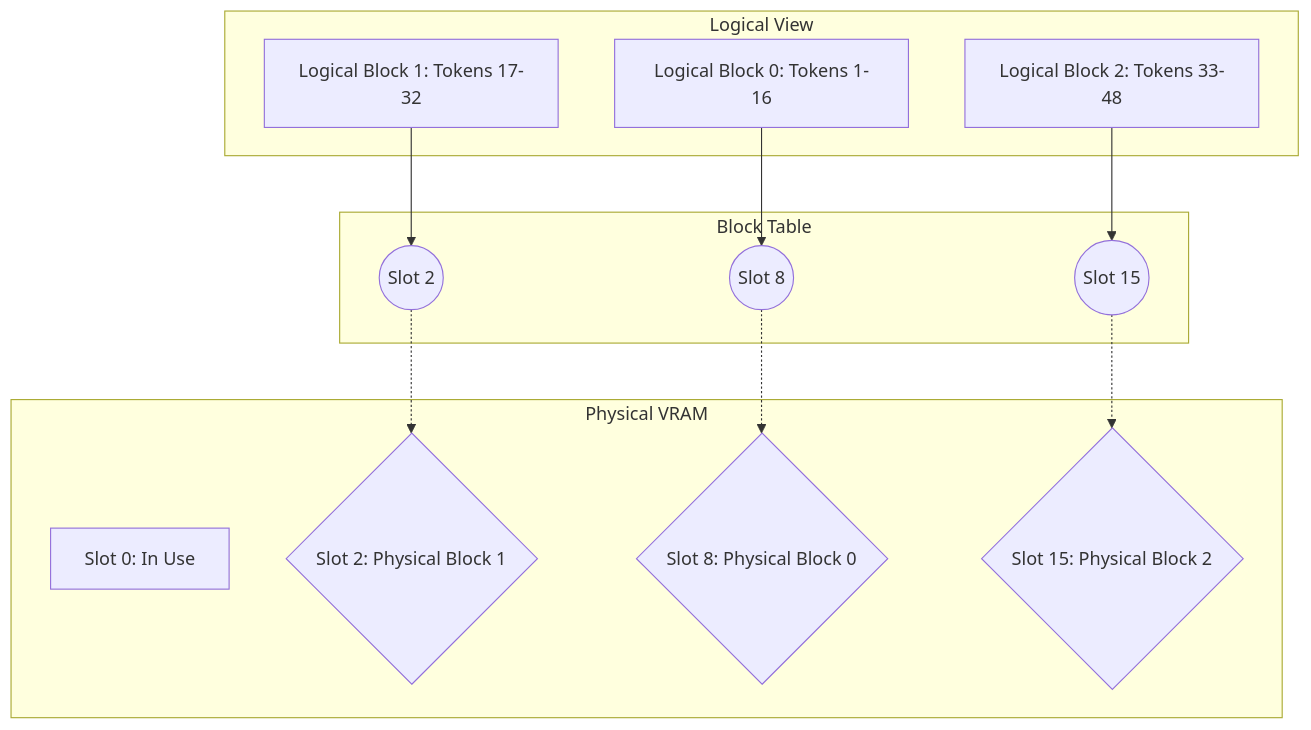
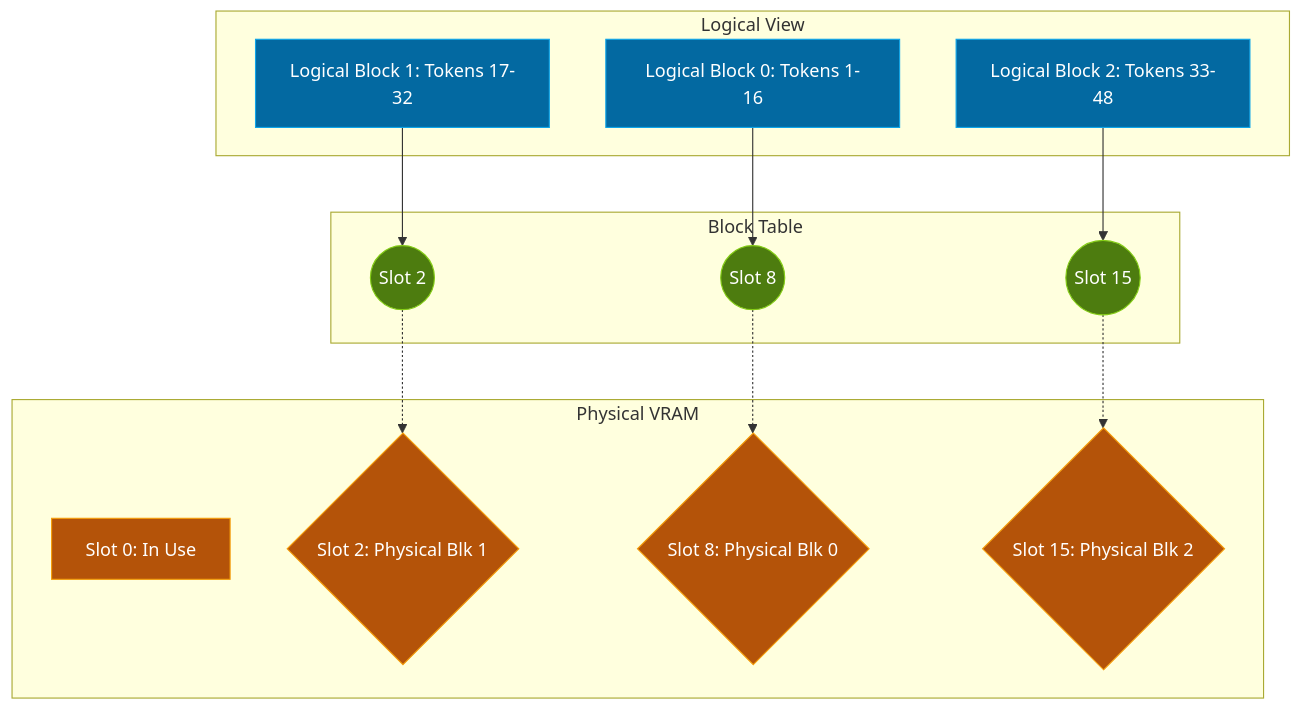
Before and after one commit to ashishbhutani/genai-system-design: the diagram in src/content/blog/paged-attention.mdx, drawn with Mermaid. The commit also changed other lines of this file, not shown here.

````diff
--- a/src/content/blog/paged-attention.mdx
+++ b/src/content/blog/paged-attention.mdx
@@ -55,29 +57,34 @@
 ```mermaid
 graph TD
+    classDef default fill:#1a1a1a,stroke:#333,stroke-width:1px,color:#fff;
+    classDef logical fill:#0369a1,stroke:#0ea5e9,color:#fff;
+    classDef physical fill:#b45309,stroke:#f59e0b,color:#fff;
+    classDef table fill:#4d7c0f,stroke:#84cc16,color:#fff;
+
     subgraph Logical View
-        L1[Logical Block 0: Tokens 1-16]
-        L2[Logical Block 1: Tokens 17-32]
-        L3[Logical Block 2: Tokens 33-48]
+        L1[Logical Block 0: Tokens 1-16]:::logical
+        L2[Logical Block 1: Tokens 17-32]:::logical
+        L3[Logical Block 2: Tokens 33-48]:::logical
     end
 
     subgraph Block Table
-        T1((Slot 8))
-        T2((Slot 2))
-        T3((Slot 15))
+        T1((Slot 8)):::table
+        T2((Slot 2)):::table
+        T3((Slot 15)):::table
     end
 
     subgraph Physical VRAM 
-        P1[Slot 0: In Use]
-        P3{Slot 2: Physical Block 1}
-        P5{Slot 8: Physical Block 0}
-        P7{Slot 15: Physical Block 2}
+        P1[Slot 0: In Use]:::physical
+        P3{Slot 2: Physical Blk 1}:::physical
+        P5{Slot 8: Physical Blk 0}:::physical
+        P7{Slot 15: Physical Blk 2}:::physical
     end
 
     L1 --> T1
     L2 --> T2
     L3 --> T3
 
     T1 -.-> P5
     T2 -.-> P3
     T3 -.-> P7
 ```
````
